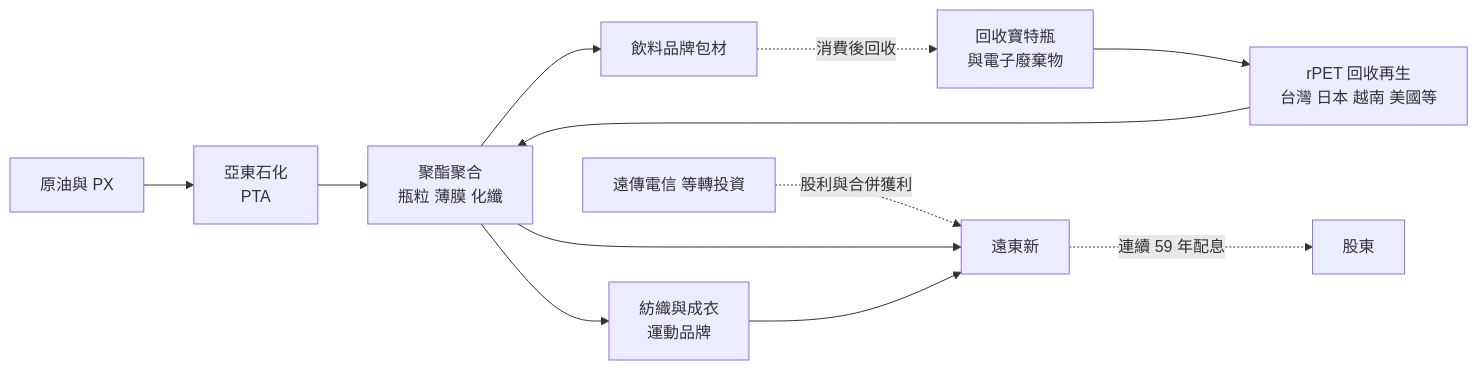
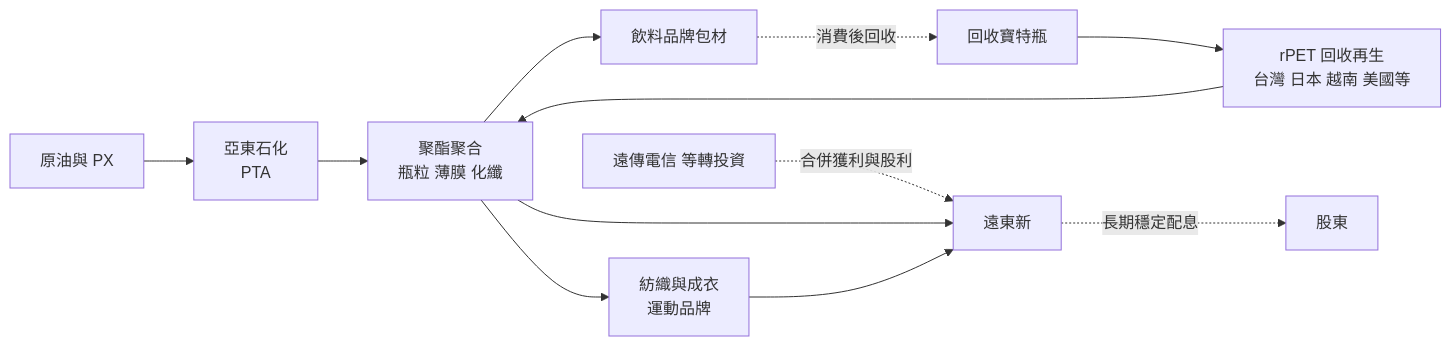
One commit to wangnick1004/taiwan-stock-vault changed the second of 4 diagrams in 個股/台股/1402遠東新.md. Above: the diagram before and after it, drawn with Mermaid. The commit also changed other lines of this file and 16 other files, not shown here.

````diff
--- a/個股/台股/1402遠東新.md
+++ b/個股/台股/1402遠東新.md
@@ -73,14 +73,14 @@
 ```mermaid
 flowchart LR
     A["原油與 PX"] --> B["亞東石化<br/>PTA"]
     B --> C["聚酯聚合<br/>瓶粒 薄膜 化纖"]
-    R["回收寶特瓶<br/>與電子廢棄物"] --> RC["rPET 回收再生<br/>台灣 日本 越南 美國等"]
+    R["回收寶特瓶"] --> RC["rPET 回收再生<br/>台灣 日本 越南 美國等"]
     RC --> C
     C --> D1[飲料品牌包材]
     C --> D2["紡織與成衣<br/>運動品牌"]
     D1 -. 消費後回收 .-> R
-    E["遠傳電信 等轉投資"] -. 股利與合併獲利 .-> F[遠東新]
+    E["遠傳電信 等轉投資"] -. 合併獲利與股利 .-> F[遠東新]
     C --> F
     D2 --> F
-    F -. 連續 59 年配息 .-> G[股東]
+    F -. 長期穩定配息 .-> G[股東]
 ```
````
